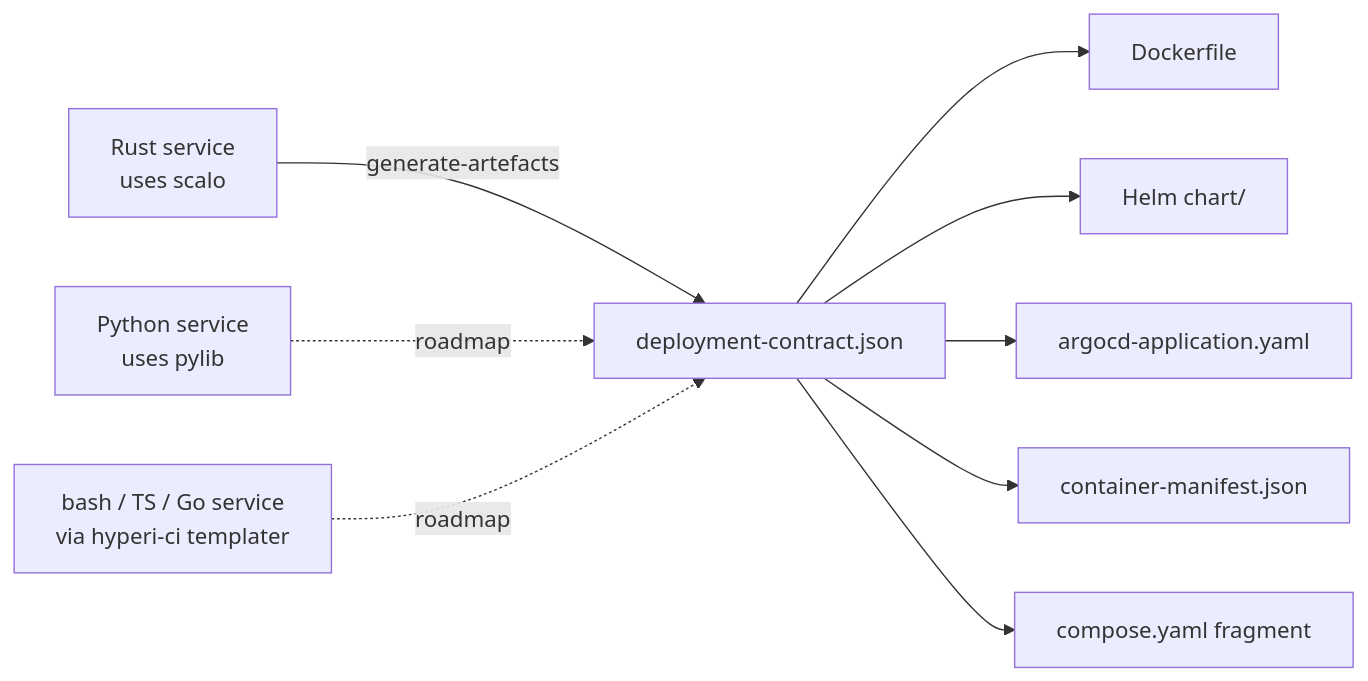
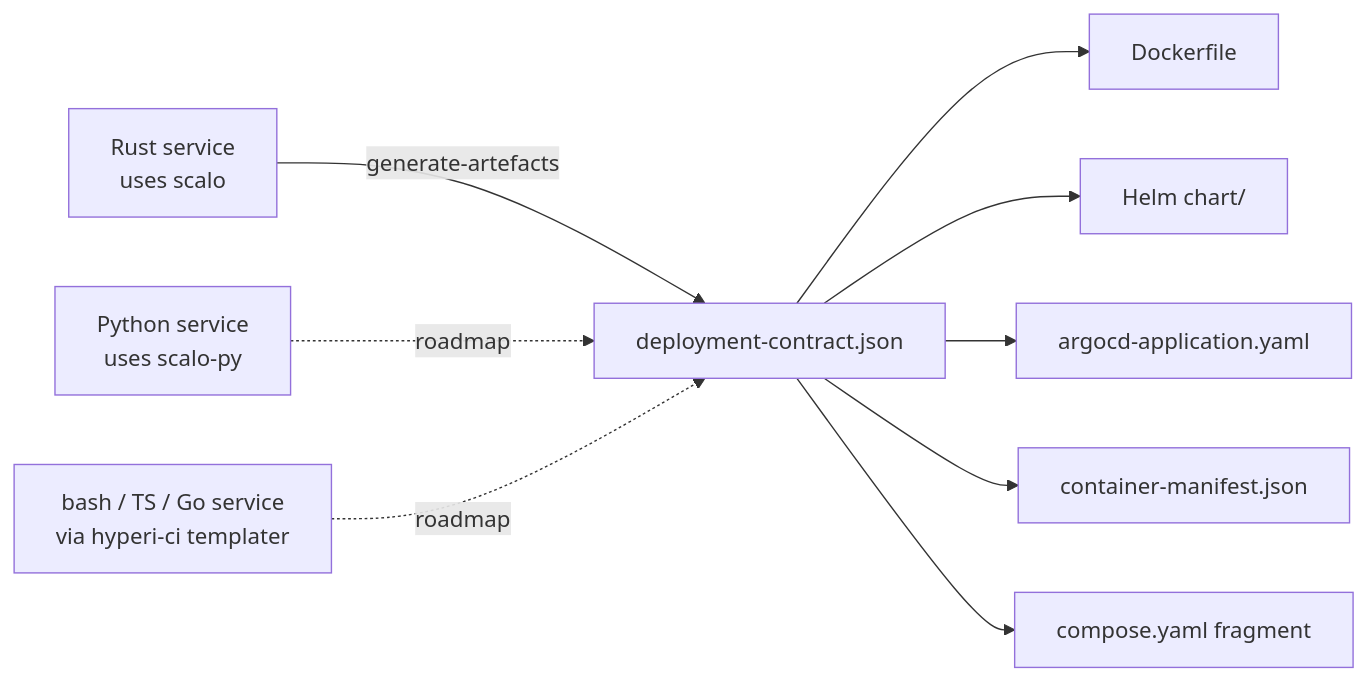
The diagram in docs/deployment/CONTRACT.md (hyperi-io/scalo-rs), drawn with Mermaid before and after one commit. The commit also changed other lines of this file and 4 other files, not shown here.

````diff
--- a/docs/deployment/CONTRACT.md
+++ b/docs/deployment/CONTRACT.md
@@ -40,11 +40,11 @@
 ```mermaid
 flowchart LR
     R[Rust service<br/>uses scalo] -->|generate-artefacts| C[deployment-contract.json]
-    P[Python service<br/>uses pylib] -.roadmap.-> C
+    P[Python service<br/>uses scalo-py] -.roadmap.-> C
     O[bash / TS / Go service<br/>via hyperi-ci templater] -.roadmap.-> C
     C --> D[Dockerfile]
     C --> H[Helm chart/]
     C --> A[argocd-application.yaml]
     C --> CM[container-manifest.json]
     C --> CS[compose.yaml fragment]
 ```
````
